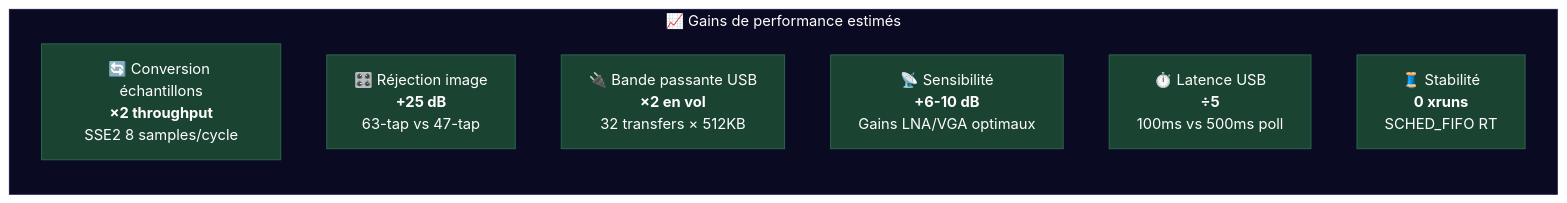
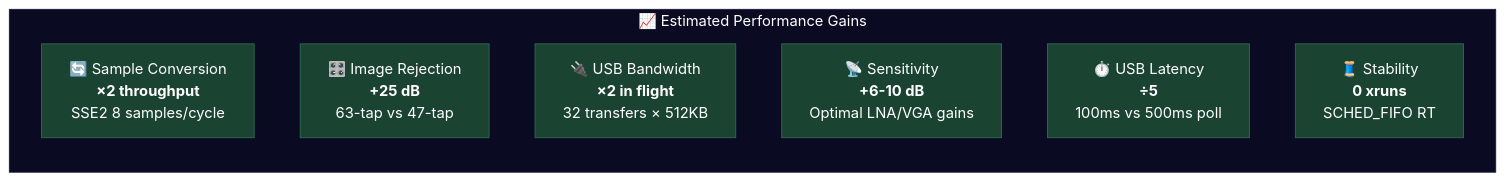
One commit to f4tnk/airspyone_host changed diagram 11 of 11 in OPTIMIZATIONS-F4TNK.md. Above: the diagram before and after it, drawn with Mermaid (neutral theme). The commit also changed other lines of this file, not shown here.

````diff
--- a/OPTIMIZATIONS-F4TNK.md
+++ b/OPTIMIZATIONS-F4TNK.md
@@ -646,20 +646,20 @@
 ```mermaid
 flowchart TB
-    subgraph Perf["📈 Gains de performance estimés"]
+    subgraph Perf["📈 Estimated Performance Gains"]
         direction TB
-        G1["🔄 Conversion échantillons<br/><b>×2 throughput</b><br/>SSE2 8 samples/cycle"]
-        G2["🎛️ Réjection image<br/><b>+25 dB</b><br/>63-tap vs 47-tap"]
-        G3["🔌 Bande passante USB<br/><b>×2 en vol</b><br/>32 transfers × 512KB"]
-        G4["📡 Sensibilité<br/><b>+6-10 dB</b><br/>Gains LNA/VGA optimaux"]
-        G5["⏱️ Latence USB<br/><b>÷5</b><br/>100ms vs 500ms poll"]
-        G6["🧵 Stabilité<br/><b>0 xruns</b><br/>SCHED_FIFO RT"]
+        G1["🔄 Sample Conversion<br/><b>×2 throughput</b><br/>SSE2 8 samples/cycle"]
+        G2["🎛️ Image Rejection<br/><b>+25 dB</b><br/>63-tap vs 47-tap"]
+        G3["🔌 USB Bandwidth<br/><b>×2 in flight</b><br/>32 transfers × 512KB"]
+        G4["📡 Sensitivity<br/><b>+6-10 dB</b><br/>Optimal LNA/VGA gains"]
+        G5["⏱️ USB Latency<br/><b>÷5</b><br/>100ms vs 500ms poll"]
+        G6["🧵 Stability<br/><b>0 xruns</b><br/>SCHED_FIFO RT"]
     end
 
     style Perf fill:#0a0a23,stroke:#1a1a40,color:#fff
     style G1 fill:#1b4332,stroke:#2d6a4f,color:#fff
     style G2 fill:#1b4332,stroke:#2d6a4f,color:#fff
     style G3 fill:#1b4332,stroke:#2d6a4f,color:#fff
     style G4 fill:#1b4332,stroke:#2d6a4f,color:#fff
     style G5 fill:#1b4332,stroke:#2d6a4f,color:#fff
     style G6 fill:#1b4332,stroke:#2d6a4f,color:#fff
 ```
````
